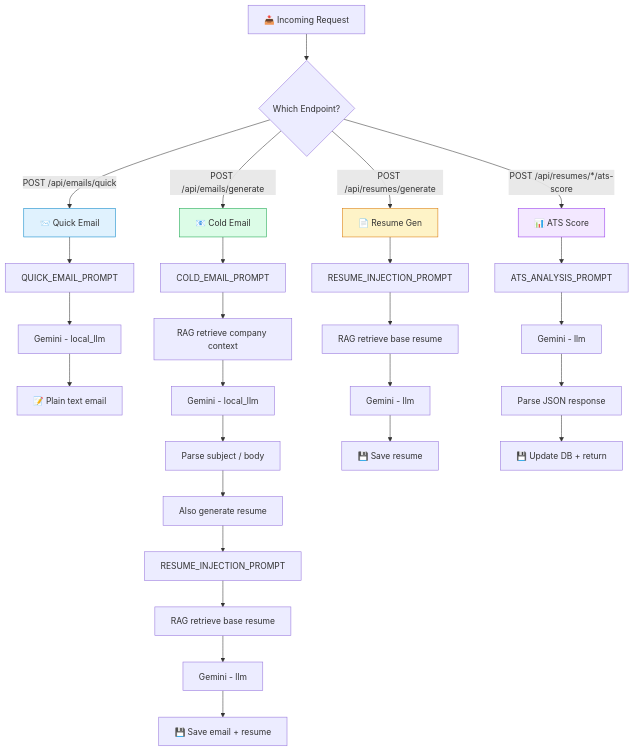
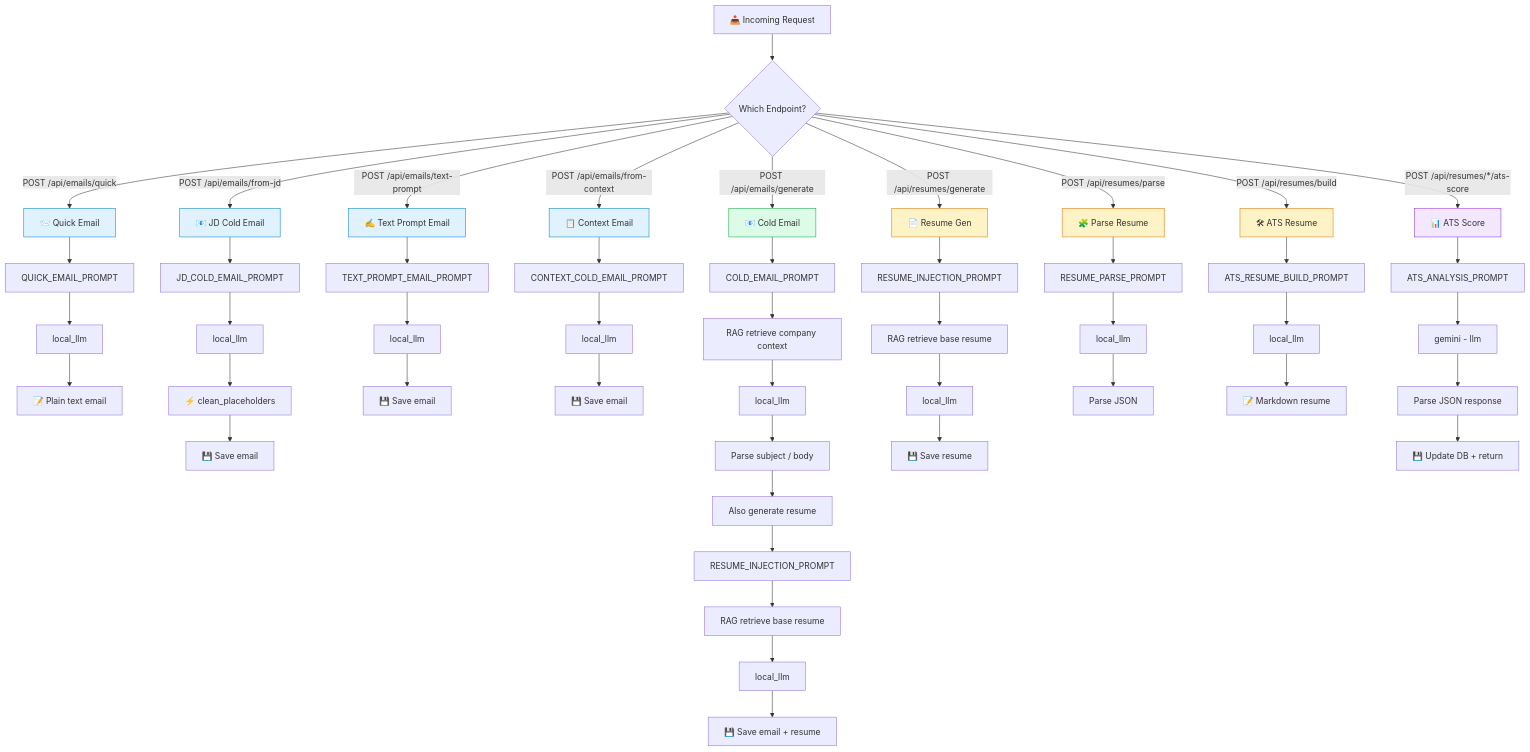
One commit to GaganCB2002/ColdForge changed the eighth of 8 diagrams in README.md. Above: the diagram before and after it, drawn with Mermaid. The commit also changed other lines of this file and 48 other files, not shown here.

Commit message:
Implement Resume Builder, extract-text endpoint, fix bugs and migrations

````diff
--- a/README.md
+++ b/README.md
@@ -285,38 +360,69 @@
 ```mermaid
 flowchart TD
     REQ[📥 Incoming Request] --> ENDPOINT{Which Endpoint?}
     
     ENDPOINT -->|POST /api/emails/quick| QE[📨 Quick Email]
     QE --> QP[QUICK_EMAIL_PROMPT]
-    QP --> QLLM[Gemini - local_llm]
+    QP --> QLLM[local_llm]
     QLLM --> QR[📝 Plain text email]
+    
+    ENDPOINT -->|POST /api/emails/from-jd| JD[📧 JD Cold Email]
+    JD --> JDP[JD_COLD_EMAIL_PROMPT]
+    JDP --> JDLLM[local_llm]
+    JDLLM --> JDCLEAN[⚡ clean_placeholders]
+    JDCLEAN --> JDSAVE[💾 Save email]
+    
+    ENDPOINT -->|POST /api/emails/text-prompt| TP[✍️ Text Prompt Email]
+    TP --> TPP[TEXT_PROMPT_EMAIL_PROMPT]
+    TPP --> TPLLM[local_llm]
+    TPLLM --> TPSAVE[💾 Save email]
+    
+    ENDPOINT -->|POST /api/emails/from-context| CE2[📋 Context Email]
+    CE2 --> CEP[CONTEXT_COLD_EMAIL_PROMPT]
+    CEP --> CELLM[local_llm]
+    CELLM --> CESAVE[💾 Save email]
     
     ENDPOINT -->|POST /api/emails/generate| CE[📧 Cold Email]
     CE --> CP[COLD_EMAIL_PROMPT]
     CP --> RAG1[RAG retrieve company context]
-    RAG1 --> CLLM[Gemini - local_llm]
+    RAG1 --> CLLM[local_llm]
     CLLM --> PARSE[Parse subject / body]
     PARSE --> RESUME
     
     RESUME[Also generate resume] --> RP[RESUME_INJECTION_PROMPT]
     RP --> RAG2[RAG retrieve base resume]
-    RAG2 --> RLLM[Gemini - llm]
+    RAG2 --> RLLM[local_llm]
     RLLM --> SAVE[💾 Save email + resume]
     
     ENDPOINT -->|POST /api/resumes/generate| RG[📄 Resume Gen]
     RG --> RGP[RESUME_INJECTION_PROMPT]
     RGP --> RGRAG[RAG retrieve base resume]
-    RGRAG --> RGLLM[Gemini - llm]
+    RGRAG --> RGLLM[local_llm]
     RGLLM --> RGSAVE[💾 Save resume]
+    
+    ENDPOINT -->|POST /api/resumes/parse| RPARSE[🧩 Parse Resume]
+    RPARSE --> RPARSEP[RESUME_PARSE_PROMPT]
+    RPARSEP --> RPARSELLM[local_llm]
+    RPARSELLM --> RPARSEJ[Parse JSON]
+    
+    ENDPOINT -->|POST /api/resumes/build| RBUILD[🛠 ATS Resume]
+    RBUILD --> RBUILDP[ATS_RESUME_BUILD_PROMPT]
+    RBUILDP --> RBUILDLLM[local_llm]
+    RBUILDLLM --> RBUILDMD[📝 Markdown resume]
     
     ENDPOINT -->|POST /api/resumes/*/ats-score| ATS[📊 ATS Score]
     ATS --> AP[ATS_ANALYSIS_PROMPT]
-    AP --> ALLM[Gemini - llm]
+    AP --> ALLM[gemini - llm]
     ALLM --> AJ[Parse JSON response]
     AJ --> AUPDATE[💾 Update DB + return]
     
     style QE fill:#E0F2FE,stroke:#0284C7
+    style JD fill:#E0F2FE,stroke:#0284C7
+    style TP fill:#E0F2FE,stroke:#0284C7
+    style CE2 fill:#E0F2FE,stroke:#0284C7
     style CE fill:#DCFCE7,stroke:#16A34A
     style RG fill:#FEF3C7,stroke:#D97706
+    style RPARSE fill:#FEF3C7,stroke:#D97706
+    style RBUILD fill:#FEF3C7,stroke:#D97706
     style ATS fill:#F3E8FF,stroke:#9333EA
 ```
````
